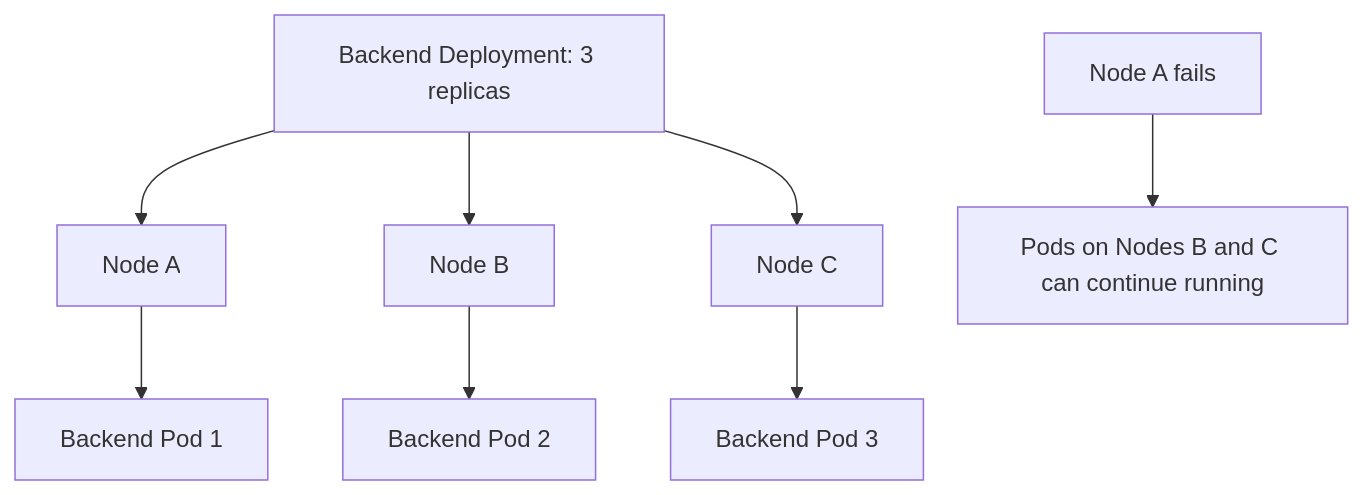
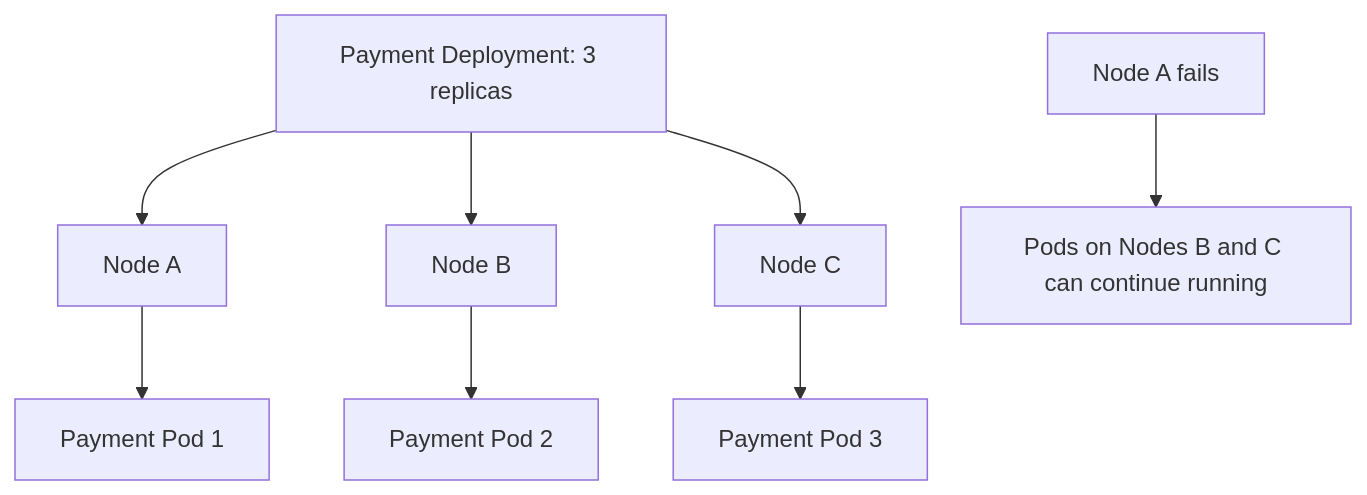
One commit to Mi2-Business-Solutions/kubernetes-demo changed the sixth of 9 diagrams in docs/pod-affinity-and-node-affinity.md. Above: the diagram before and after it, drawn with Mermaid. The commit also changed other lines of this file and 13 other files, not shown here.

````diff
--- a/docs/pod-affinity-and-node-affinity.md
+++ b/docs/pod-affinity-and-node-affinity.md
@@ -191,12 +441,12 @@
 ```mermaid
 flowchart TD
-    A["Backend Deployment: 3 replicas"] --> B["Node A"]
+    A["Payment Deployment: 3 replicas"] --> B["Node A"]
     A --> C["Node B"]
     A --> D["Node C"]
 
-    B --> E["Backend Pod 1"]
-    C --> F["Backend Pod 2"]
-    D --> G["Backend Pod 3"]
+    B --> E["Payment Pod 1"]
+    C --> F["Payment Pod 2"]
+    D --> G["Payment Pod 3"]
 
     H["Node A fails"] --> I["Pods on Nodes B and C can continue running"]
 ```
````
